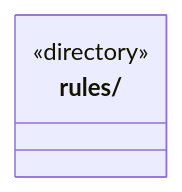
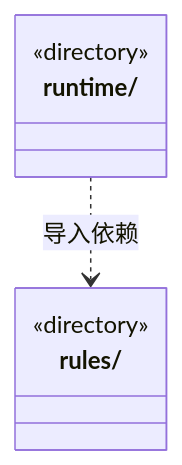
One commit to nan023062/cbim changed the diagram in src/logic/automation/ARCHITECTURE.md. Above: the diagram before and after it, drawn with Mermaid. The commit also changed other lines of this file and 456 other files, not shown here.

````diff
--- a/src/logic/automation/ARCHITECTURE.md
+++ b/src/logic/automation/ARCHITECTURE.md
@@ -15,6 +15,10 @@
 ```mermaid
 classDiagram
 class N_src_logic_automation_rules["rules/"] {
   <<directory>>
 }
+class N_src_logic_automation_runtime["runtime/"] {
+  <<directory>>
+}
+N_src_logic_automation_runtime ..> N_src_logic_automation_rules : 导入依赖
 ```
````
